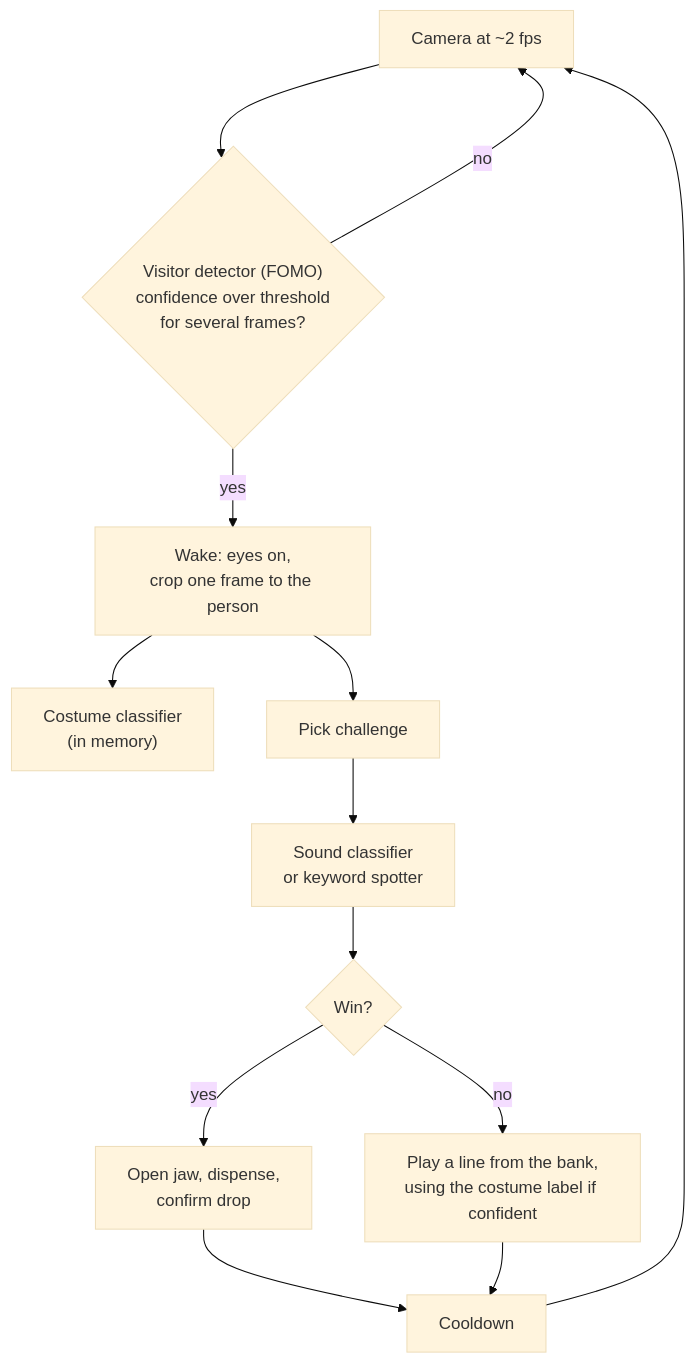
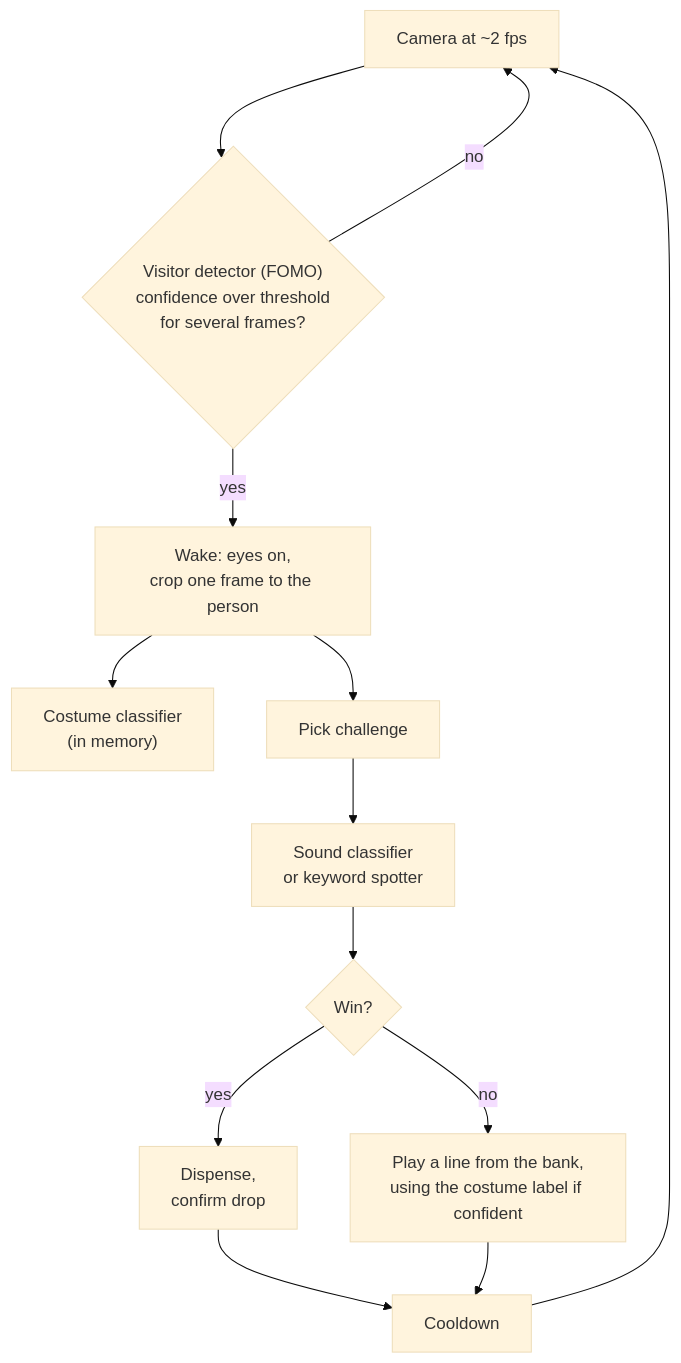
One commit to Abhinavkrishna3211/Feed-the-Gargoyle changed the diagram in docs/architecture.md. Above: the diagram before and after it, drawn with Mermaid (base theme). The commit also changed other lines of this file and 7 other files, not shown here.

````diff
--- a/docs/architecture.md
+++ b/docs/architecture.md
@@ -17,15 +17,15 @@
 ```mermaid
 flowchart TD
     A["Camera at ~2 fps"] --> B{"Visitor detector (FOMO)<br/>confidence over threshold<br/>for several frames?"}
     B -- no --> A
     B -- yes --> C["Wake: eyes on,<br/>crop one frame to the person"]
     C --> D["Costume classifier<br/>(in memory)"]
     C --> E["Pick challenge"]
     E --> F["Sound classifier<br/>or keyword spotter"]
     F --> G{"Win?"}
-    G -- yes --> H["Open jaw, dispense,<br/>confirm drop"]
+    G -- yes --> H["Dispense,<br/>confirm drop"]
     G -- no --> I["Play a line from the bank,<br/>using the costume label if confident"]
     H --> J["Cooldown"]
     I --> J
     J --> A
 ```
````
